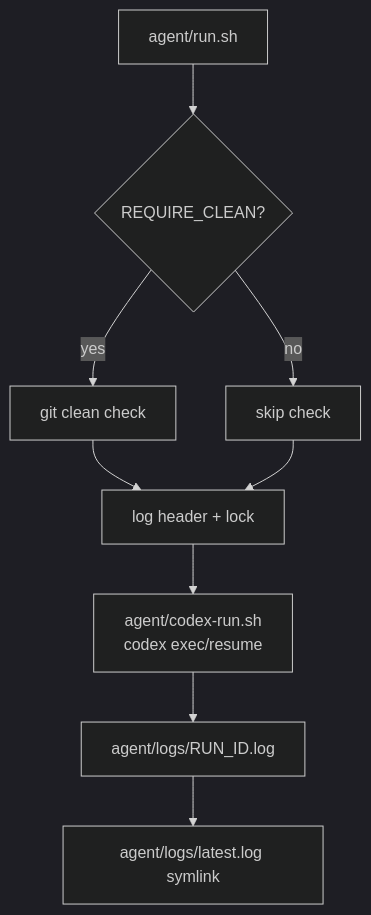
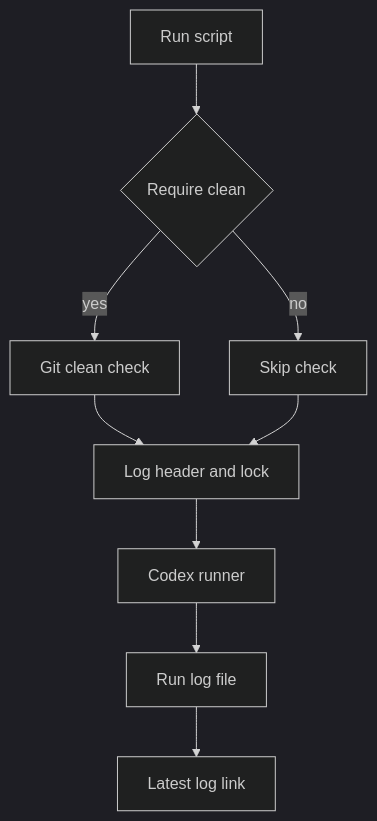
The second of 6 diagrams in ARCHITECTURE.md (Xopoko/Experiment-26_P_vs_NP), drawn with Mermaid (dark theme) before and after one commit. The commit also changed other lines of this file and 4 other files, not shown here.

````diff
--- a/ARCHITECTURE.md
+++ b/ARCHITECTURE.md
@@ -70,11 +70,11 @@
 ```mermaid
 graph TD
-  A[agent/run.sh] --> B{REQUIRE_CLEAN?}
-  B -->|yes| C[git clean check]
-  B -->|no| D[skip check]
-  C --> E[log header + lock]
+  A[Run script] --> B{Require clean}
+  B -->|yes| C[Git clean check]
+  B -->|no| D[Skip check]
+  C --> E[Log header and lock]
   D --> E
-  E --> F[agent/codex-run.sh<br/>codex exec/resume]
-  F --> G[agent/logs/RUN_ID.log]
-  G --> H[agent/logs/latest.log symlink]
+  E --> F[Codex runner]
+  F --> G[Run log file]
+  G --> H[Latest log link]
 ```
````
